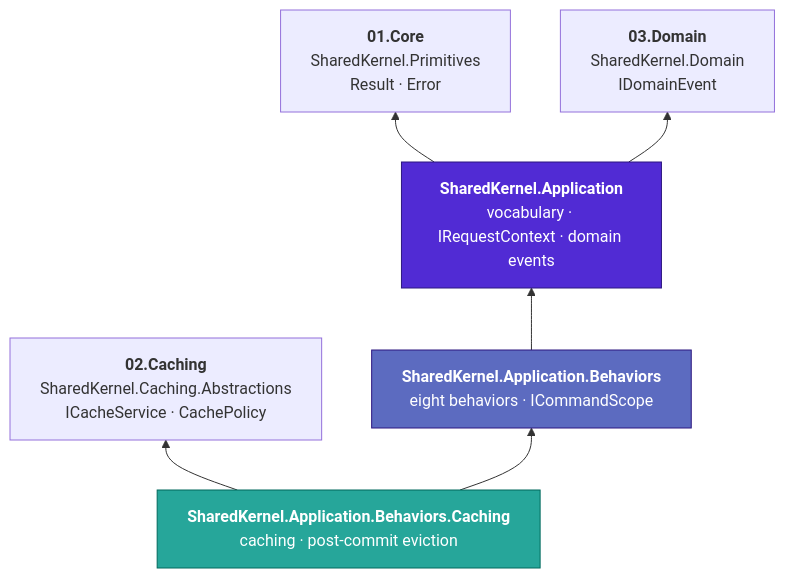
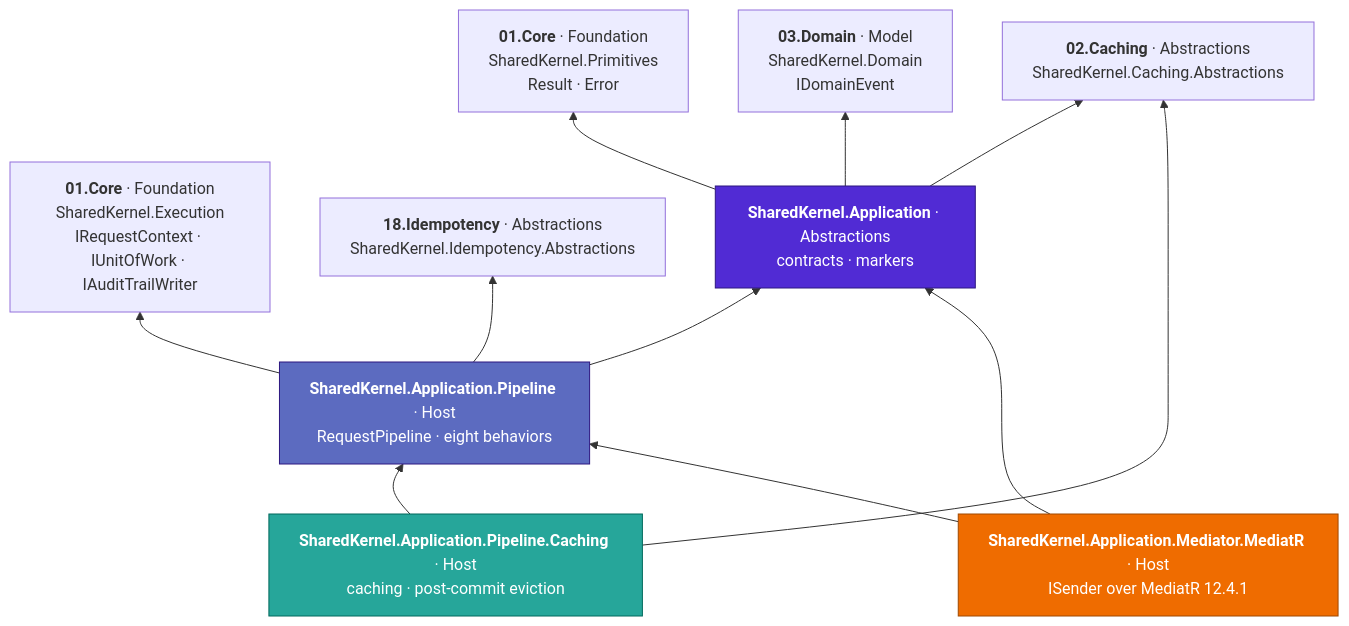
The first of 3 diagrams in 05.Application/README.md (Gresta-Vertex-Labs/platform-shared-kernel), drawn with Mermaid before and after one commit. The commit also changed other lines of this file and 167 other files, not shown here.

````diff
--- a/05.Application/README.md
+++ b/05.Application/README.md
@@ -112,20 +115,29 @@
 ```mermaid
 flowchart BT
-    Primitives["<b>01.Core</b><br/>SharedKernel.Primitives<br/>Result · Error"]
-    Domain["<b>03.Domain</b><br/>SharedKernel.Domain<br/>IDomainEvent"]
-    CachingAbs["<b>02.Caching</b><br/>SharedKernel.Caching.Abstractions<br/>ICacheService · CachePolicy"]
+    Primitives["<b>01.Core</b> · Foundation<br/>SharedKernel.Primitives<br/>Result · Error"]
+    Execution["<b>01.Core</b> · Foundation<br/>SharedKernel.Execution<br/>IRequestContext · IUnitOfWork · IAuditTrailWriter"]
+    Domain["<b>03.Domain</b> · Model<br/>SharedKernel.Domain<br/>IDomainEvent"]
+    CachingAbs["<b>02.Caching</b> · Abstractions<br/>SharedKernel.Caching.Abstractions"]
+    IdemAbs["<b>18.Idempotency</b> · Abstractions<br/>SharedKernel.Idempotency.Abstractions"]
 
-    App["<b>SharedKernel.Application</b><br/>vocabulary · IRequestContext · domain events"]
-    Behaviors["<b>SharedKernel.Application.Behaviors</b><br/>eight behaviors · ICommandScope"]
-    Caching["<b>SharedKernel.Application.Behaviors.Caching</b><br/>caching · post-commit eviction"]
+    App["<b>SharedKernel.Application</b> · Abstractions<br/>contracts · markers"]
+    Pipeline["<b>SharedKernel.Application.Pipeline</b> · Host<br/>RequestPipeline · eight behaviors"]
+    Caching["<b>SharedKernel.Application.Pipeline.Caching</b> · Host<br/>caching · post-commit eviction"]
+    MediatR["<b>SharedKernel.Application.Mediator.MediatR</b> · Host<br/>ISender over MediatR 12.4.1"]
 
     style App fill:#512BD4,color:#fff,stroke:#2d1780
-    style Behaviors fill:#5c6bc0,color:#fff,stroke:#2d1780
+    style Pipeline fill:#5c6bc0,color:#fff,stroke:#2d1780
     style Caching fill:#26a69a,color:#fff,stroke:#00695c
+    style MediatR fill:#ef6c00,color:#fff,stroke:#a04800
 
     App --> Primitives
     App --> Domain
-    Behaviors --> App
-    Caching --> Behaviors
+    App --> CachingAbs
+    Pipeline --> App
+    Pipeline --> Execution
+    Pipeline --> IdemAbs
+    Caching --> Pipeline
     Caching --> CachingAbs
+    MediatR --> App
+    MediatR --> Pipeline
 ```
````
